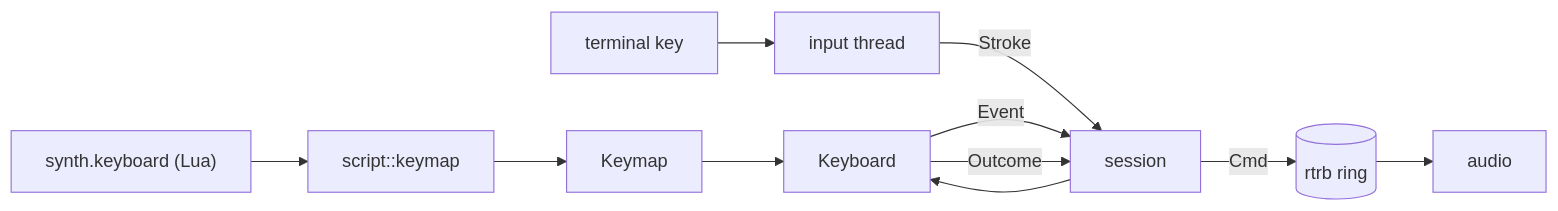
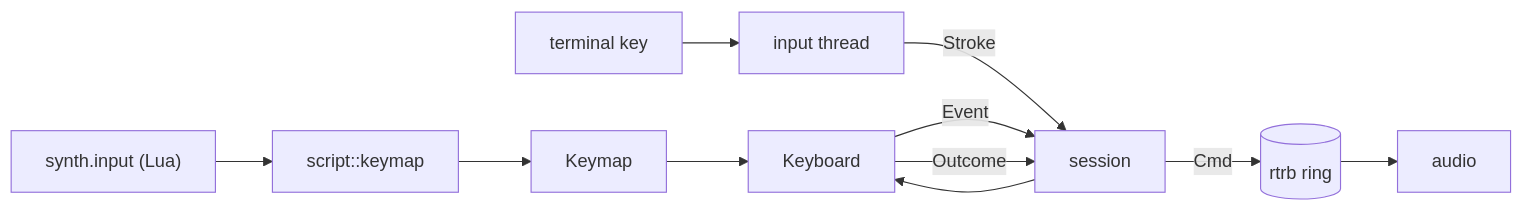
Before and after one commit to turkosaurus/synth: the diagram in src/input/README.md, drawn with Mermaid. The commit also changed other lines of this file and 32 other files, not shown here.

Commit message:
lua: rename keyboard.lua to input.lua and synth.keyboard to synth.input

````diff
--- a/src/input/README.md
+++ b/src/input/README.md
@@ -11,8 +11,8 @@
 ```mermaid
 flowchart LR
-    layout["synth.keyboard (Lua)"] --> keymap[script::keymap] --> Keymap
+    layout["synth.input (Lua)"] --> keymap[script::keymap] --> Keymap
     key[terminal key] --> thread[input thread] -- Stroke --> session --> Keyboard
     Keymap --> Keyboard
     Keyboard -- Event --> session -- Cmd --> ring[(rtrb ring)] --> audio
     Keyboard -- Outcome --> session
 ```
````
